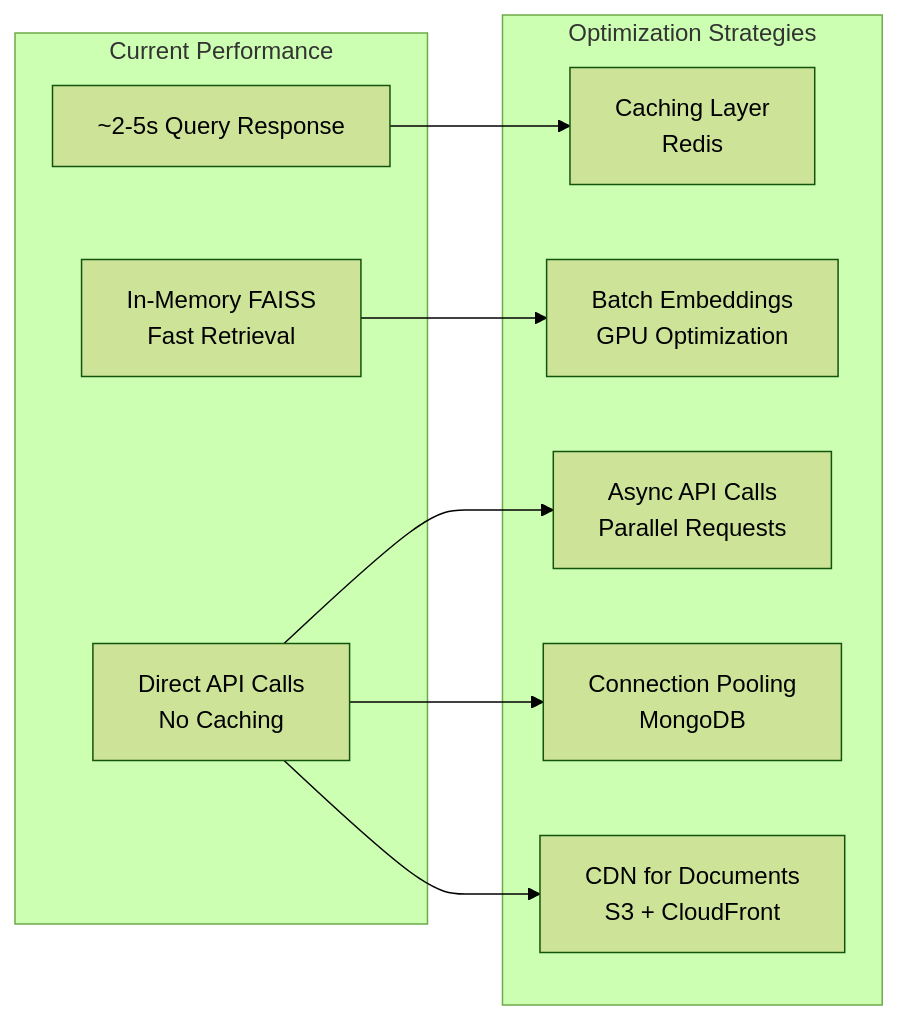
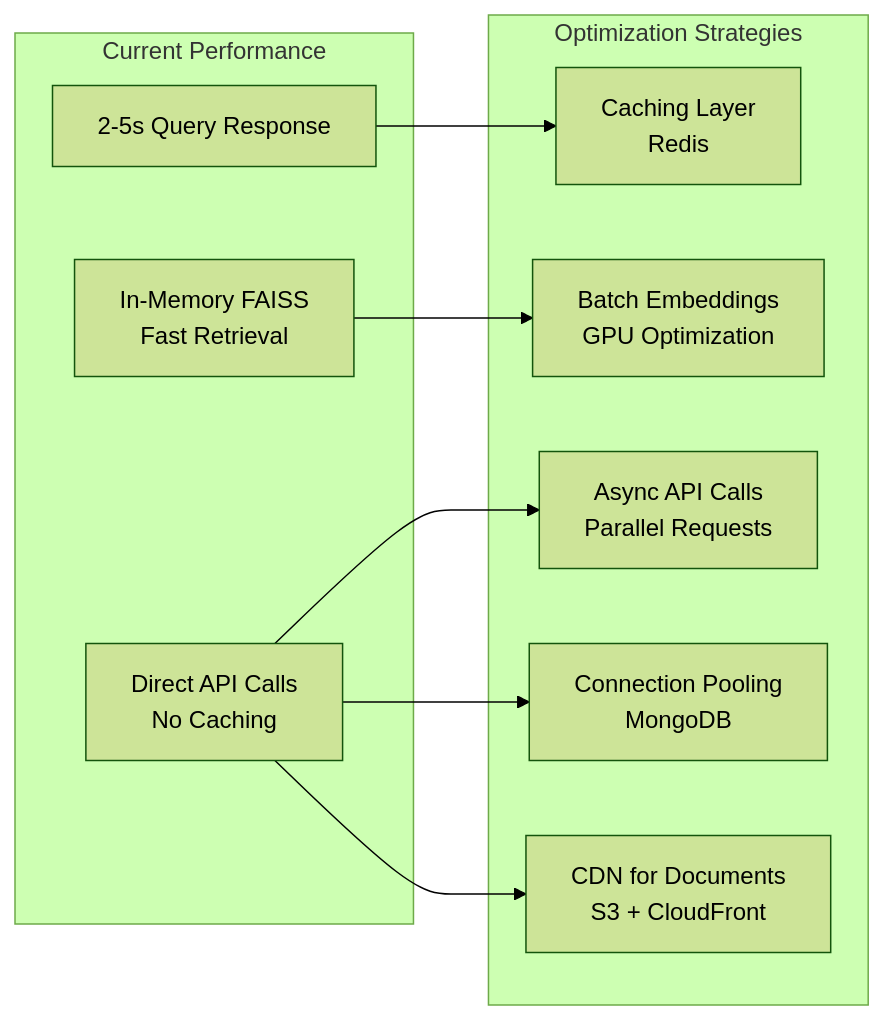
Before and after one commit to yamposskype/AI-RAG-LangChain: diagram 16 of 33 in ARCHITECTURE.md, drawn with Mermaid (forest theme). The commit also changed other lines of this file and 21 other files, not shown here.

````diff
--- a/ARCHITECTURE.md
+++ b/ARCHITECTURE.md
@@ -708,22 +853,22 @@
 ```mermaid
 graph LR
     subgraph "Current Performance"
-        A[~2-5s Query Response]
+        A[2-5s Query Response]
         B[In-Memory FAISS<br/>Fast Retrieval]
         C[Direct API Calls<br/>No Caching]
     end
 
     subgraph "Optimization Strategies"
         D[Caching Layer<br/>Redis]
         E[Batch Embeddings<br/>GPU Optimization]
         F[Async API Calls<br/>Parallel Requests]
         G[Connection Pooling<br/>MongoDB]
         H[CDN for Documents<br/>S3 + CloudFront]
     end
 
     A --> D
     B --> E
     C --> F
     C --> G
     C --> H
 ```
````
